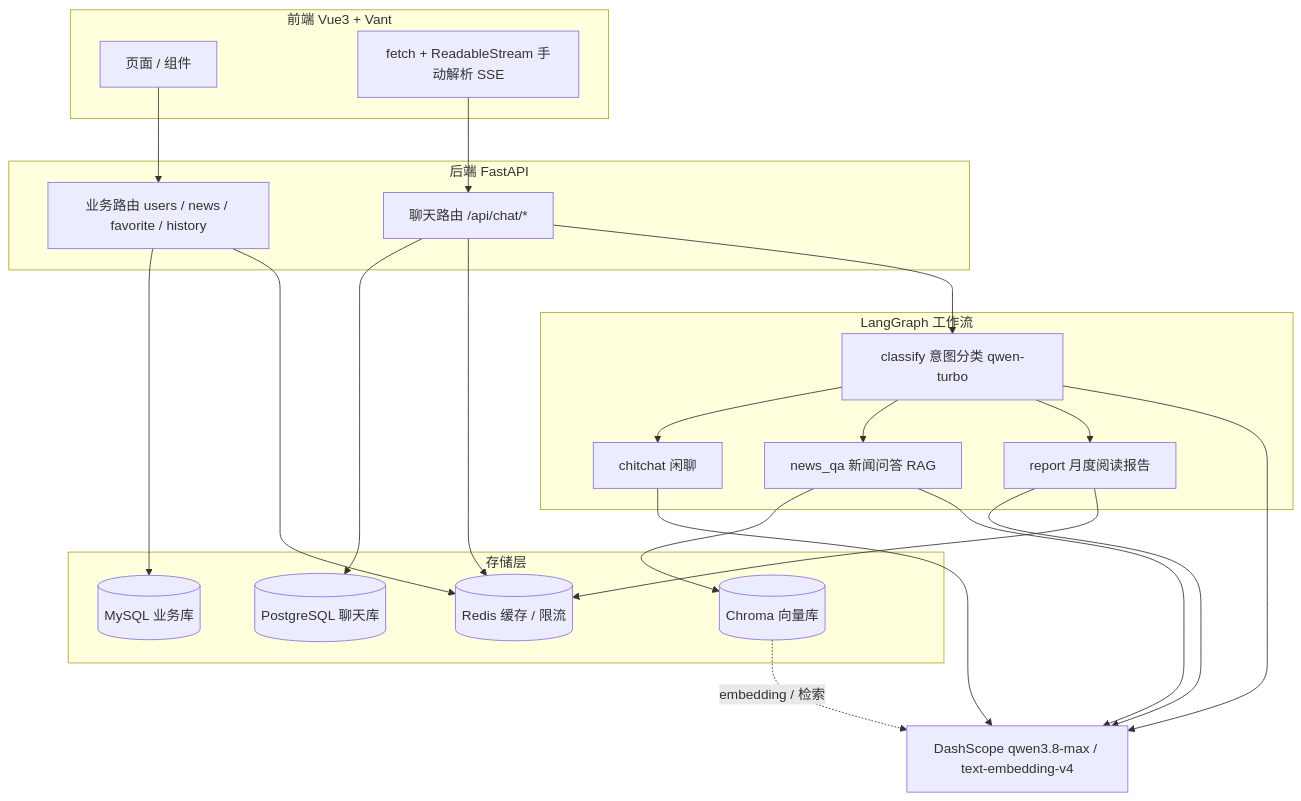
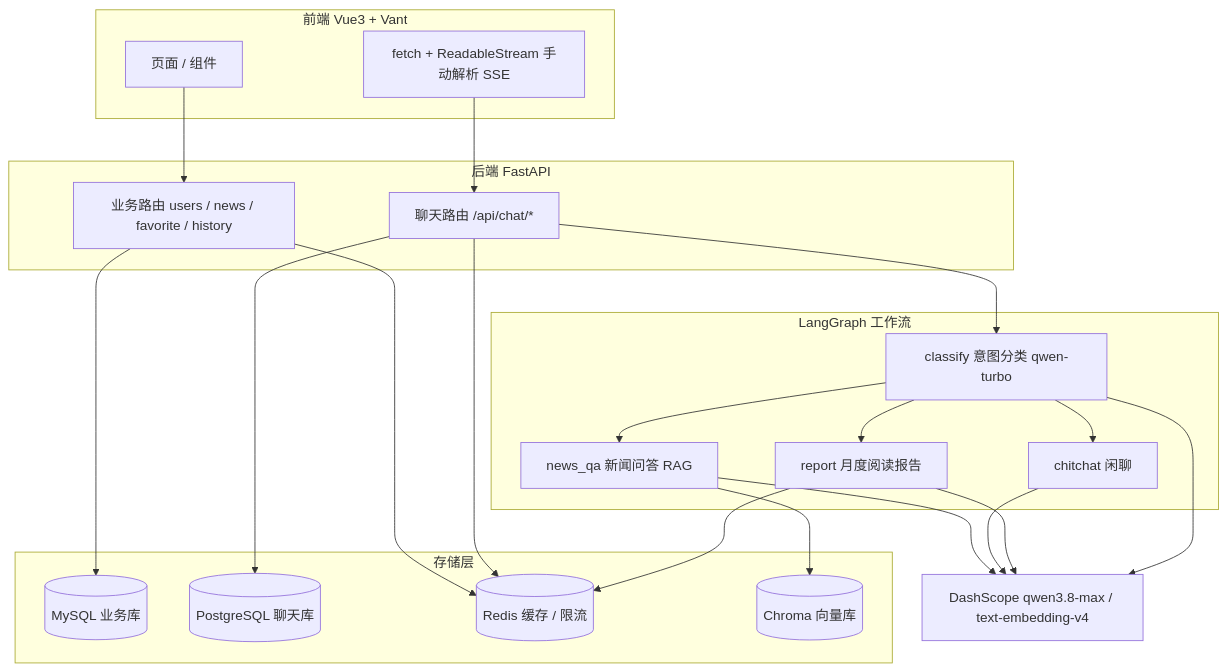
Before and after one commit to fuzhihaohhhhhhhhhhh/toutiao-news-ai: the first of 2 diagrams in README.md, drawn with Mermaid.

Commit message:
docs: 移除架构图中横跨全图的长连线

````diff
--- a/README.md
+++ b/README.md
@@ -62,46 +62,45 @@
 ```mermaid
 flowchart TB
     subgraph Client["前端 Vue3 + Vant"]
         UI["页面 / 组件"]
         SSE["fetch + ReadableStream 手动解析 SSE"]
     end
 
     subgraph API["后端 FastAPI"]
         R1["业务路由 users / news / favorite / history"]
         R2["聊天路由 /api/chat/*"]
     end
 
     subgraph Agent["LangGraph 工作流"]
         C["classify 意图分类 qwen-turbo"]
         A1["chitchat 闲聊"]
         A2["news_qa 新闻问答 RAG"]
         A3["report 月度阅读报告"]
     end
 
     subgraph Storage["存储层"]
         M[("MySQL 业务库")]
         P[("PostgreSQL 聊天库")]
         RD[("Redis 缓存 / 限流")]
         CH[("Chroma 向量库")]
     end
 
     LLM["DashScope qwen3.8-max / text-embedding-v4"]
 
     UI --> R1
     SSE --> R2
     R1 --> M
     R1 --> RD
     R2 --> P
     R2 --> RD
     R2 --> C
     C --> A1
     C --> A2
     C --> A3
     A2 --> CH
     A2 --> LLM
     A1 --> LLM
     A3 --> LLM
     C --> LLM
     A3 --> RD
-    CH -. "embedding / 检索" .-> LLM
 ```
````
